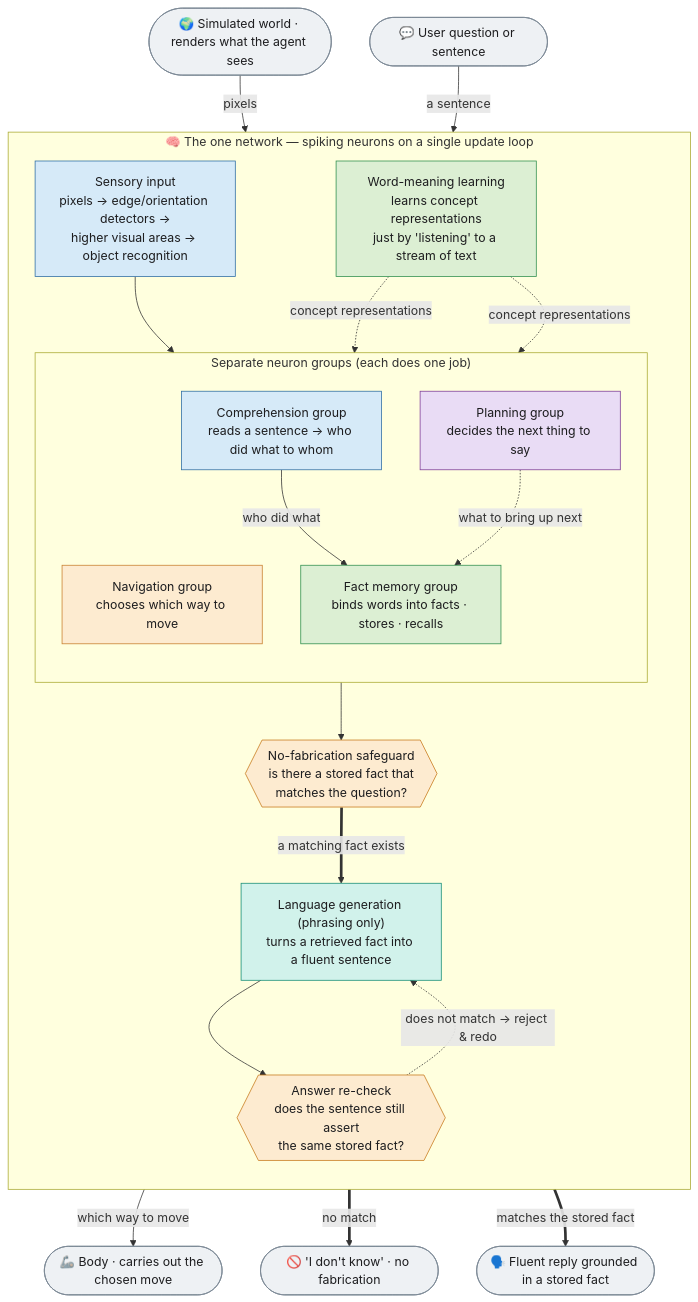
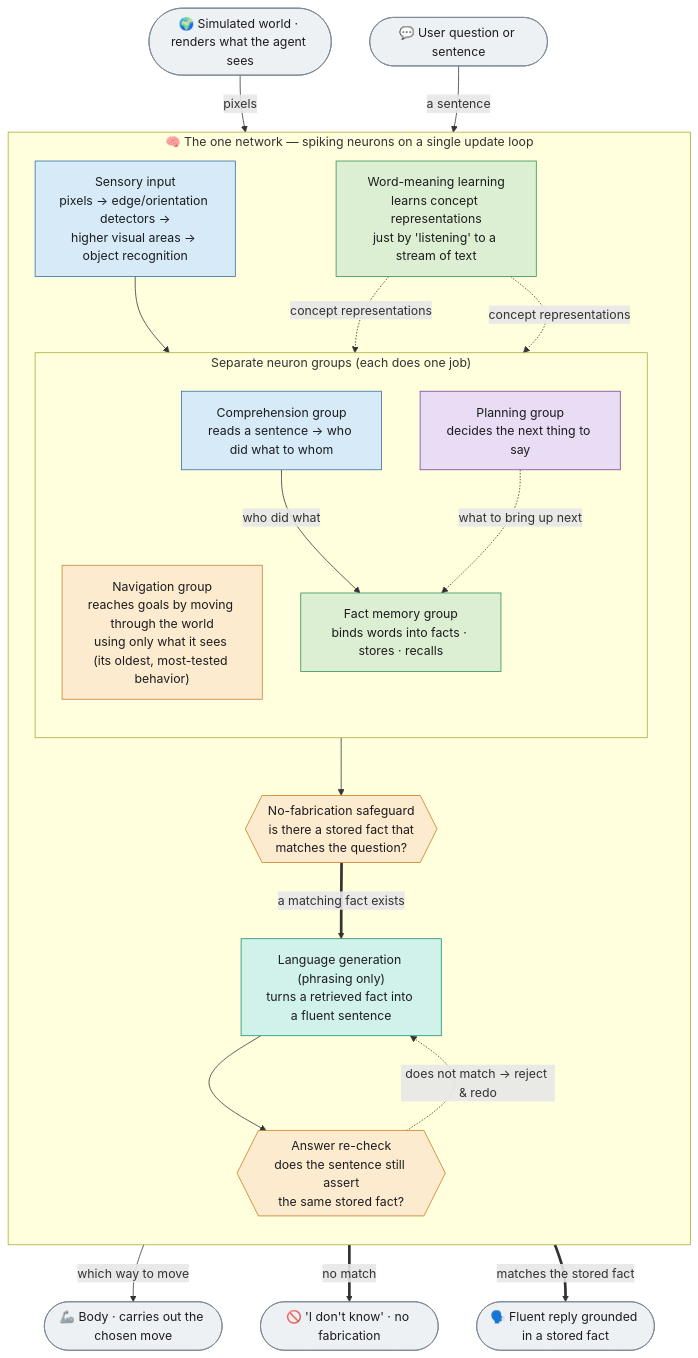
The first of 4 diagrams in docs/diagrams/brain_architecture_current.md (danthi123/neural-simulator), drawn with Mermaid before and after one commit. The commit also changed other lines of this file and 1 other file, not shown here.

````diff
--- a/docs/diagrams/brain_architecture_current.md
+++ b/docs/diagrams/brain_architecture_current.md
@@ -45,58 +50,58 @@
 ```mermaid
 flowchart TB
     World([🌍 Simulated world · renders what the agent sees]):::io
     UserQ([💬 User question or sentence]):::io
 
     subgraph NET["🧠 The one network — spiking neurons on a single update loop"]
       direction TB
 
       SENSE["Sensory input<br/>pixels → edge/orientation detectors →<br/>higher visual areas → object recognition"]:::sense
 
       subgraph GROUPS["Separate neuron groups (each does one job)"]
         direction TB
-        NAVG["Navigation group<br/>chooses which way to move"]:::nav
+        NAVG["Navigation group<br/>reaches goals by moving through the world<br/>using only what it sees (its oldest, most-tested behavior)"]:::nav
         COMPG["Comprehension group<br/>reads a sentence → who did what to whom"]:::conv
         MEMG["Fact memory group<br/>binds words into facts · stores · recalls"]:::mem
         PLANG["Planning group<br/>decides the next thing to say"]:::plan
       end
 
       LEARN["Word-meaning learning<br/>learns concept representations<br/>just by 'listening' to a stream of text"]:::learn
 
       SAFE{{"No-fabrication safeguard<br/>is there a stored fact that<br/>matches the question?"}}:::moat
 
       GEN["Language generation (phrasing only)<br/>turns a retrieved fact into a fluent sentence"]:::gen
       RECHK{{"Answer re-check<br/>does the sentence still assert<br/>the same stored fact?"}}:::moat
     end
 
     Body([🦾 Body · carries out the chosen move]):::io
     Reply([🗣️ Fluent reply grounded in a stored fact]):::io
     IDK([🚫 'I don't know' · no fabrication]):::io
 
     %% wiring
     World -->|pixels| SENSE
     SENSE --> NAVG
     NAVG -->|which way to move| Body
 
     UserQ -->|a sentence| COMPG
     COMPG -->|who did what| MEMG
     LEARN -.->|concept representations| MEMG
     LEARN -.->|concept representations| COMPG
     MEMG --> SAFE
     PLANG -.->|what to bring up next| MEMG
 
     SAFE ==>|a matching fact exists| GEN
     SAFE ==>|no match| IDK
     GEN --> RECHK
     RECHK ==>|matches the stored fact| Reply
     RECHK -.->|does not match → reject & redo| GEN
 
     classDef io fill:#eef1f4,stroke:#7a8794,color:#1d1d1f;
     classDef sense fill:#d6eaf8,stroke:#2e6da4,color:#1d1d1f;
     classDef nav fill:#fdebd0,stroke:#c87f2e,color:#1d1d1f;
     classDef conv fill:#d6eaf8,stroke:#2e6da4,color:#1d1d1f;
     classDef mem fill:#dcefd3,stroke:#2f8f4e,color:#1d1d1f;
     classDef plan fill:#e9dcf5,stroke:#7d3c98,color:#1d1d1f;
     classDef learn fill:#dcefd3,stroke:#2f8f4e,color:#1d1d1f;
     classDef moat fill:#fdebd0,stroke:#c8791a,color:#1d1d1f;
     classDef gen fill:#d1f2eb,stroke:#138d75,color:#1d1d1f;
 ```
````
